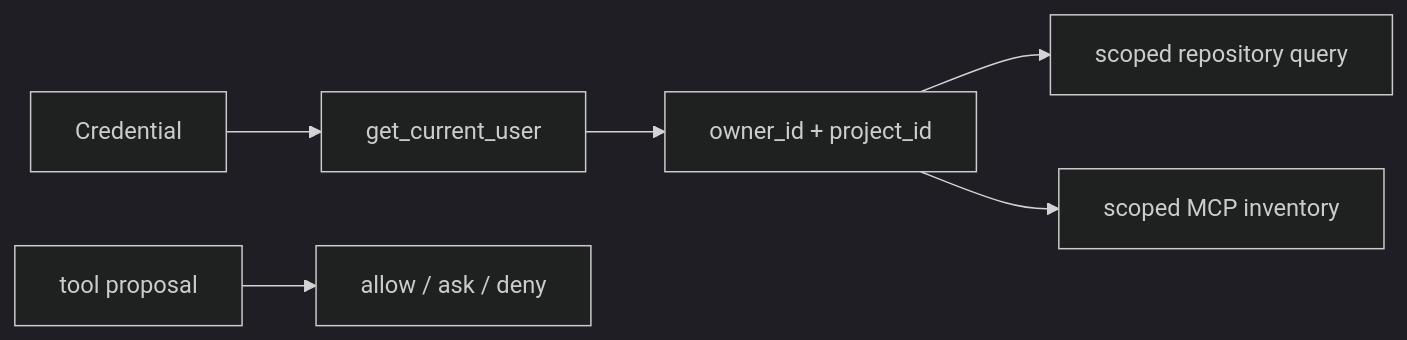
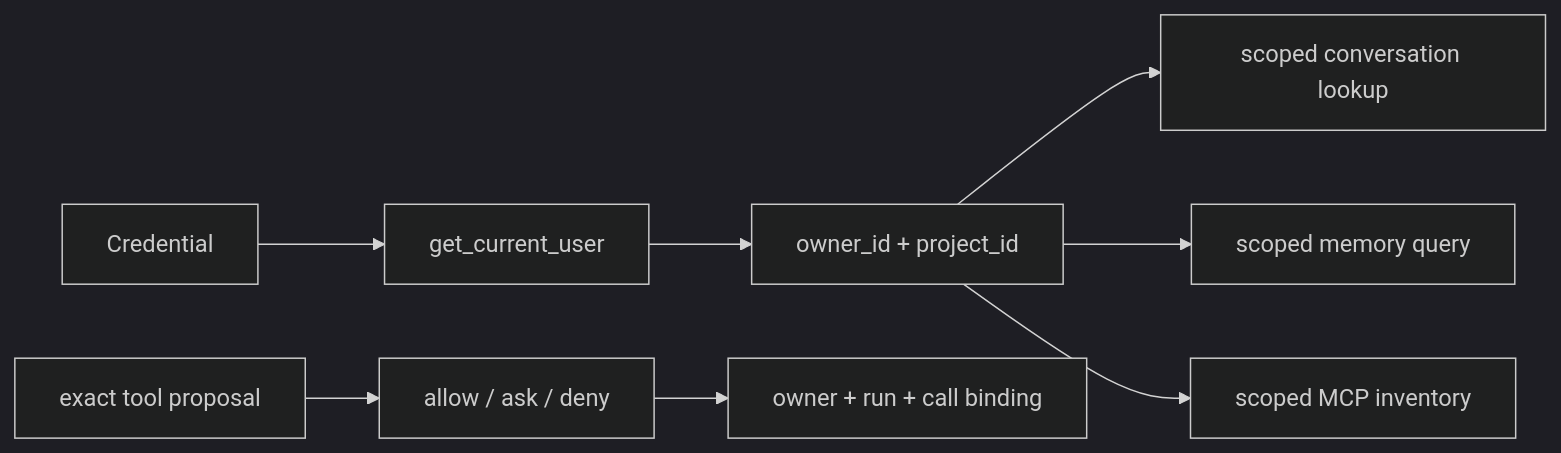
The first of 2 diagrams in docs/course/concepts/authorization-ownership.md (levalencia/archon), drawn with Mermaid (dark theme) before and after one commit. The commit also changed other lines of this file and 7 other files, not shown here.

````diff
--- a/docs/course/concepts/authorization-ownership.md
+++ b/docs/course/concepts/authorization-ownership.md
@@ -16,8 +20,10 @@
 ```mermaid
 flowchart LR
   Credential --> User[get_current_user]
   User --> Scope[owner_id + project_id]
-  Scope --> Repo[scoped repository query]
+  Scope --> Conversation[scoped conversation lookup]
+  Scope --> Memory[scoped memory query]
   Scope --> MCP[scoped MCP inventory]
-  Proposal[tool proposal] --> Policy[allow / ask / deny]
+  Proposal[exact tool proposal] --> Policy[allow / ask / deny]
+  Policy --> Approval[owner + run + call binding]
 ```
````
